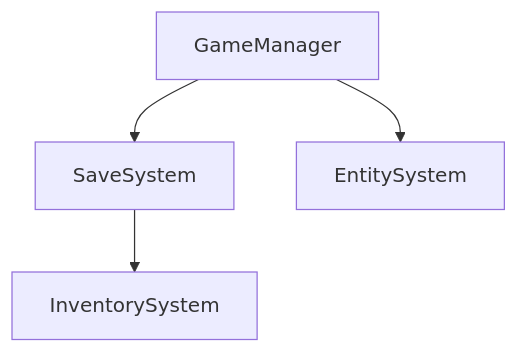
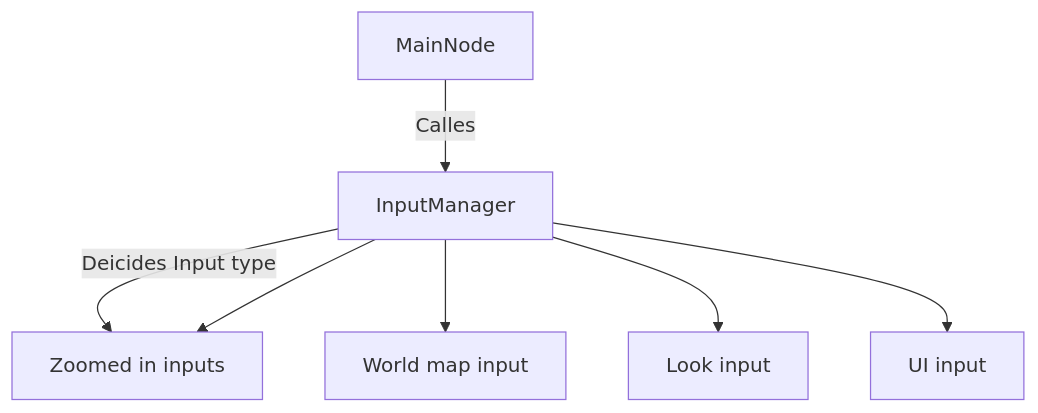
One commit to TopHattOwl/basic_rogue changed the diagram in docs/ACHITECTURE.md. Above: the diagram before and after it, drawn with Mermaid. The commit also changed other lines of this file, not shown here.

Commit message:
documentation start

````diff
--- a/docs/ACHITECTURE.md
+++ b/docs/ACHITECTURE.md
@@ -1,6 +2,9 @@
 ``` mermaid
 graph TD
-  A[GameManager] --> B[SaveSystem]
-  A --> C[EntitySystem]
-  B --> D[InventorySystem]
+  A[MainNode] -- Calles --> B[InputManager]
+  B -- Deicides Input type --> C[Handle Input]
+  B --> C[Zoomed in inputs]
+  B --> D[World map input]
+  B --> E[Look input]
+  B --> F[UI input]
   ```
````
